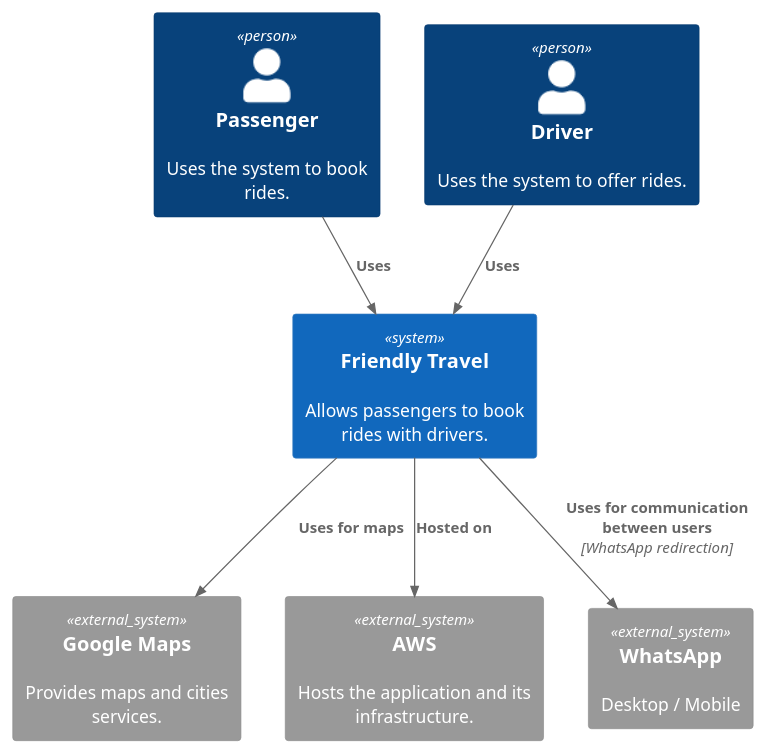
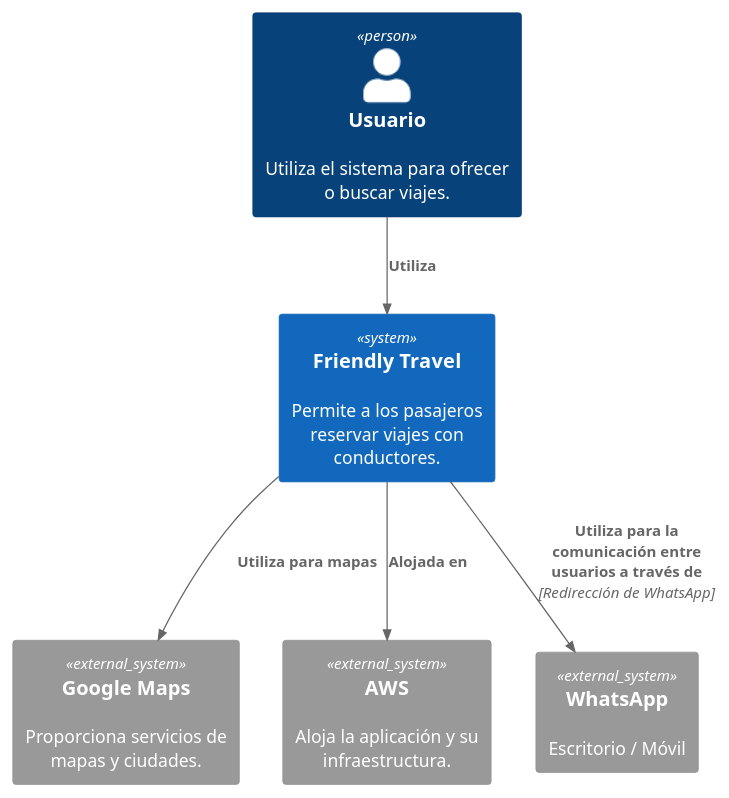
The diagram in Diagrams/C4_Context.puml (rodrisu/friendlytravel.github.io), drawn with PlantUML before and after one commit. The commit also changed 1 other file, not shown here.

Commit message:
se traducen diagramas C4 y simplifica el de contexto

```diff
--- a/Diagrams/C4_Context.puml
+++ b/Diagrams/C4_Context.puml
@@ -1,20 +1,18 @@
 @startuml FriendlyTravel_Context
 
 !include https://raw.githubusercontent.com/plantuml-stdlib/C4-PlantUML/master/C4_Context.puml
 
-System(friendlytravel, "Friendly Travel", "Allows passengers to book rides with drivers.")
+System(friendlytravel, "Friendly Travel", "Permite a los pasajeros reservar viajes con conductores.")
 
-Person(passenger, "Passenger", "Uses the system to book rides.")
-Person(driver, "Driver", "Uses the system to offer rides.") 
+Person(usuario, "Usuario", "Utiliza el sistema para ofrecer o buscar viajes.") 
 
-System_Ext(googlemaps, "Google Maps", "Provides maps and cities services.")
-System_Ext(aws, "AWS", "Hosts the application and its infrastructure.")
-System_Ext(whatsapp, "WhatsApp", "Desktop / Mobile")
+System_Ext(googlemaps, "Google Maps", "Proporciona servicios de mapas y ciudades.")
+System_Ext(aws, "AWS", "Aloja la aplicación y su infraestructura.")
+System_Ext(whatsapp, "WhatsApp", "Escritorio / Móvil")
 
-Rel(passenger, friendlytravel, "Uses") 
-Rel(driver, friendlytravel, "Uses")
-Rel(friendlytravel, googlemaps, "Uses for maps")
-Rel(friendlytravel, aws, "Hosted on")
-Rel(friendlytravel, whatsapp, "Uses for communication between users", "WhatsApp redirection")
+Rel(usuario, friendlytravel, "Utiliza")
+Rel(friendlytravel, googlemaps, "Utiliza para mapas")
+Rel(friendlytravel, aws, "Alojada en")
+Rel(friendlytravel, whatsapp, "Utiliza para la comunicación entre usuarios a través de", "Redirección de WhatsApp")
 
 @enduml
```
